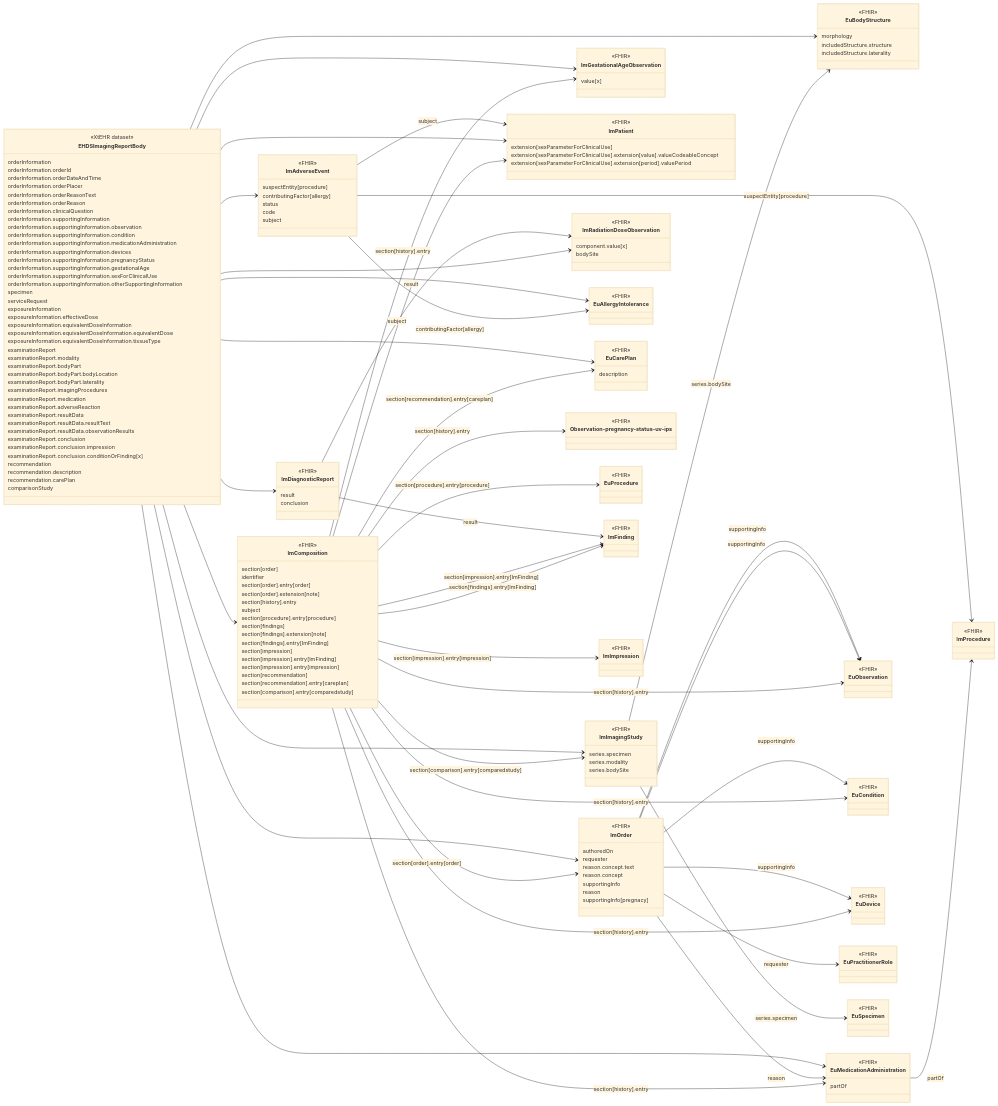
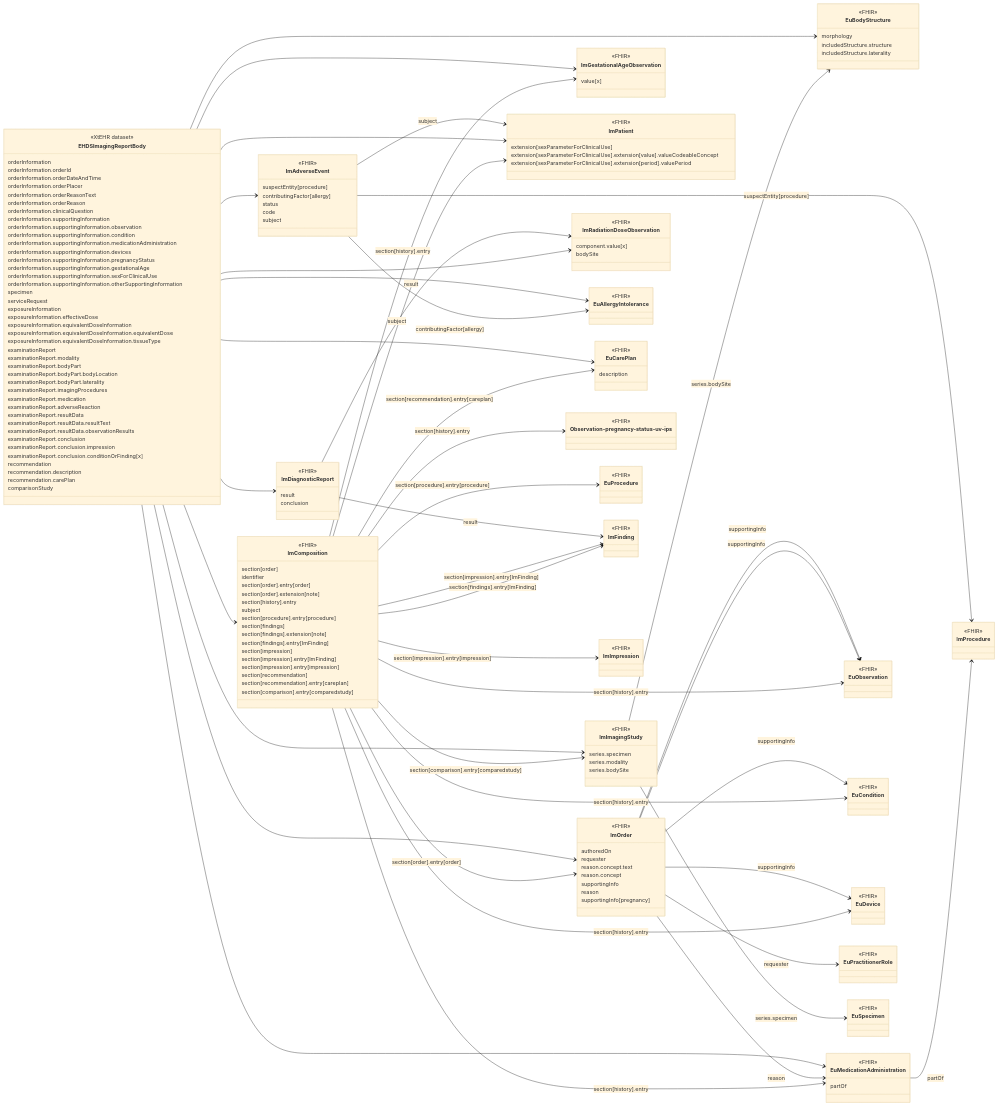
Before and after one commit to oijauregui/ehdsimaging: the diagram in input/intro-notes/ConceptMap-EHDSImagingReportBodyMap-intro.md, drawn with Mermaid (base theme). The commit also changed 2 other files, not shown here.

Commit message:
Added support for MHD by definining initial document references.

```diff
--- a/input/intro-notes/ConceptMap-EHDSImagingReportBodyMap-intro.md
+++ b/input/intro-notes/ConceptMap-EHDSImagingReportBodyMap-intro.md
@@ -78,7 +78,7 @@
   reason.concept
   supportingInfo
   reason
-  supportingInfo[pregnacy]
+  supportingInfo[pregnancy]
 }
 
 class ImGestationalAgeObservation{
```
